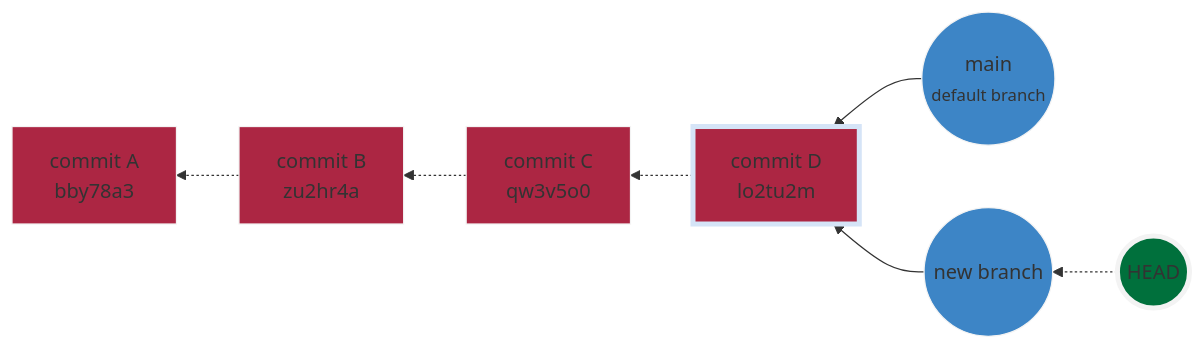
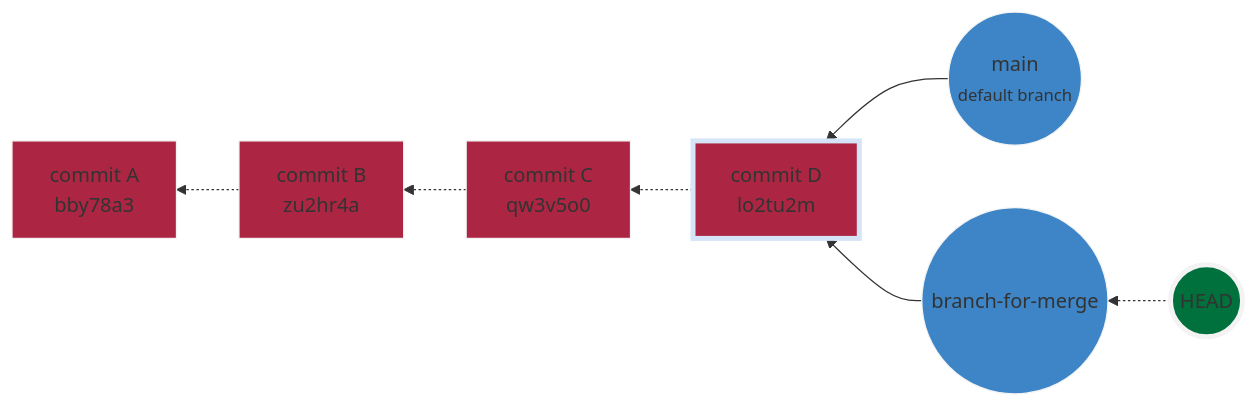
Diagram 11 of 17 in README.md (ganeshk627/source-control-with-git), drawn with Mermaid before and after one commit. The commit also changed other lines of this file and 5 other files, not shown here.

Commit message:
Commiting new-branch-for-merge changes

````diff
--- a/README.md
+++ b/README.md
@@ -497,25 +497,25 @@
 ```mermaid
 graph RL
     A[commit A<br>bby78a3]
     B[commit B<br>zu2hr4a]
     C[commit C<br>qw3v5o0]
     D[commit D<br>lo2tu2m]
     E((main <br> <small>default branch<small/>))
     F((HEAD))
-    G((new branch))
+    G((branch-for-merge))
 
     B -.-> A
     C -.-> B
     D -.-> C
     E --> D
     F -.-> G
     G --> D
 
     style D fill:#ac2643,stroke:#d5e4f7,stroke-width:4px;
     style C fill:#ac2643,stroke:#f3f3f3,stroke-width:1px;
     style B fill:#ac2643,stroke:#f3f3f3,stroke-width:1px;
     style A fill:#ac2643,stroke:#f3f3f3,stroke-width:1px;
     style E fill:#3d85c6,stroke:#f3f3f3,stroke-width:1px;
     style G fill:#3d85c6,stroke:#f3f3f3,stroke-width:1px;
     style F fill:#00703c,stroke:#f3f3f3,stroke-width:4px;
 ```
````
